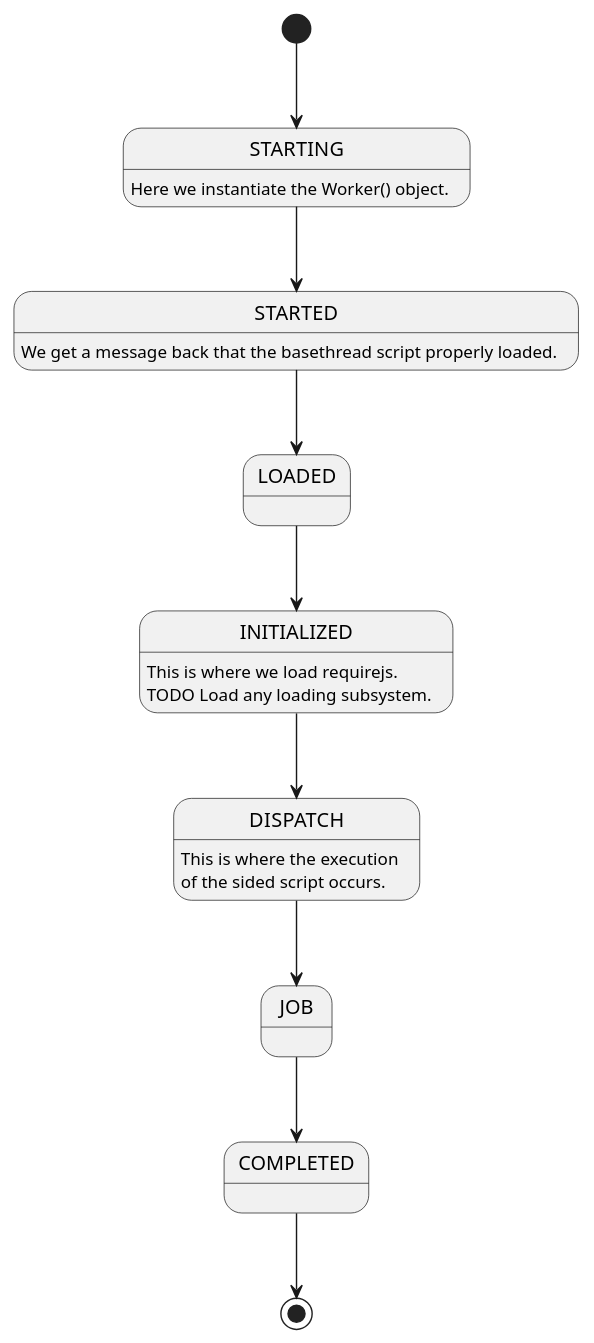
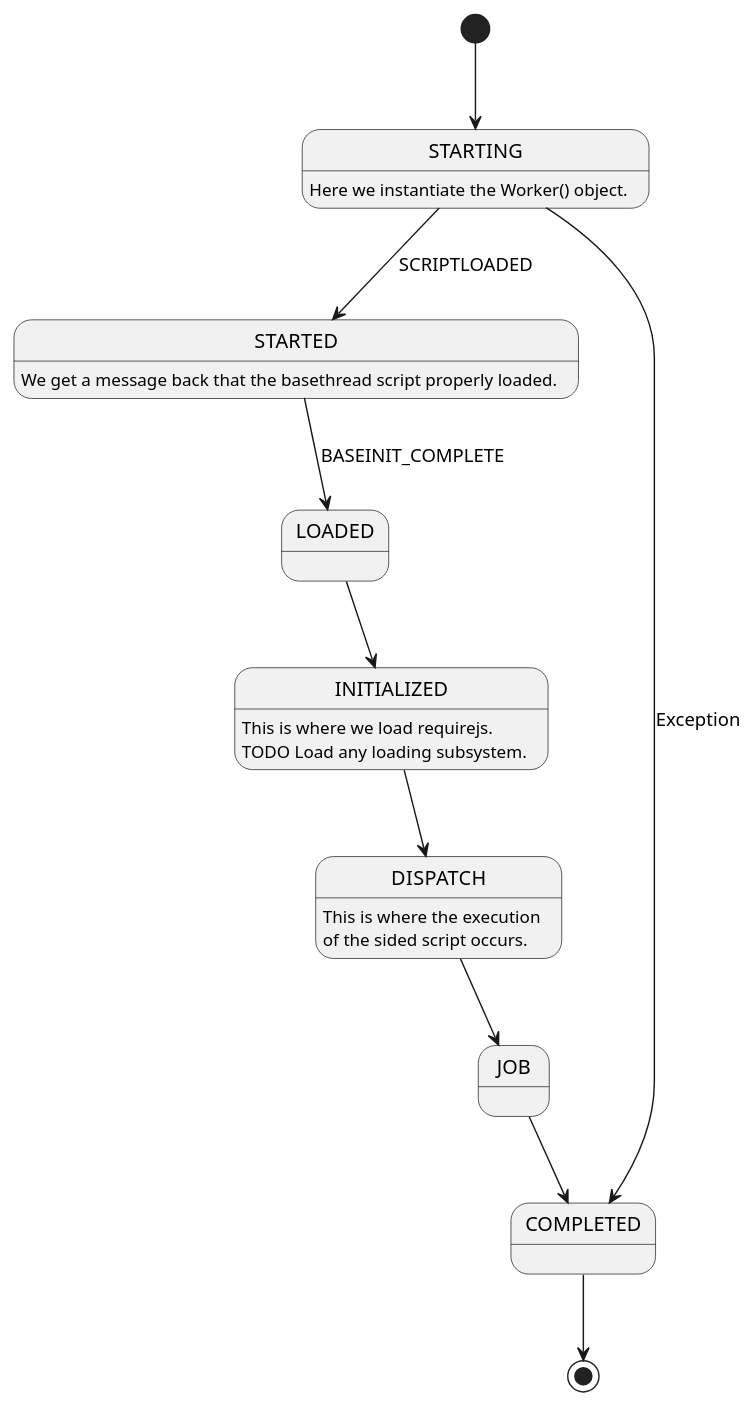
The diagram in uml/states.puml (cbuteau/webjobs), drawn with PlantUML before and after one commit. The commit also changed 5 other files, not shown here.

```diff
--- a/uml/states.puml
+++ b/uml/states.puml
@@ -1,27 +1,29 @@
 @startuml
 
 
 [*] --> STARTING
-STARTING --> STARTED
+STARTING --> STARTED : SCRIPTLOADED
 STARTING : Here we instantiate the Worker() object.
 
-STARTED --> LOADED
+STARTED --> LOADED : BASEINIT_COMPLETE
 STARTED : We get a message back that the basethread script properly loaded.
 LOADED --> INITIALIZED
 
 INITIALIZED : This is where we load requirejs.
 INITIALIZED : TODO Load any loading subsystem.
 
 
 INITIALIZED --> DISPATCH
 
 DISPATCH : This is where the execution
 DISPATCH :  of the sided script occurs.
 
 DISPATCH --> JOB
 JOB --> COMPLETED
 COMPLETED --> [*]
 
+STARTING --> COMPLETED : Exception
+
 
 
 @enduml
```
